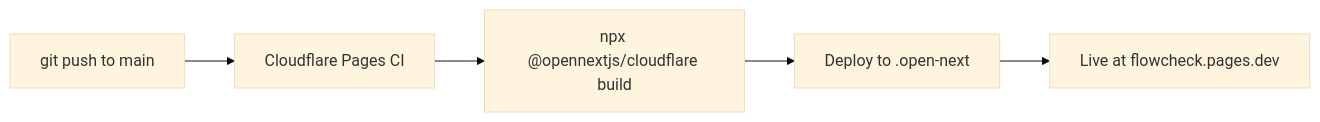
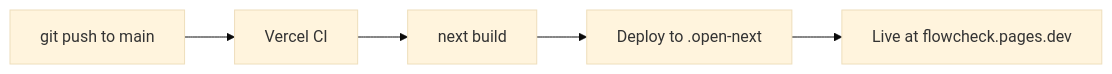
The diagram in docs/deployment.md (christian1202/FlowCheck), drawn with Mermaid (base theme) before and after one commit. The commit also changed other lines of this file and 23 other files, not shown here.

````diff
--- a/docs/deployment.md
+++ b/docs/deployment.md
@@ -355,7 +355,7 @@
 ```mermaid
 flowchart LR
-    A[git push to main] --> B[Cloudflare Pages CI]
-    B --> C["npx @opennextjs/cloudflare build"]
+    A[git push to main] --> B[Vercel CI]
+    B --> C["next build"]
     C --> D[Deploy to .open-next]
     D --> E[Live at flowcheck.pages.dev]
 ```
````
